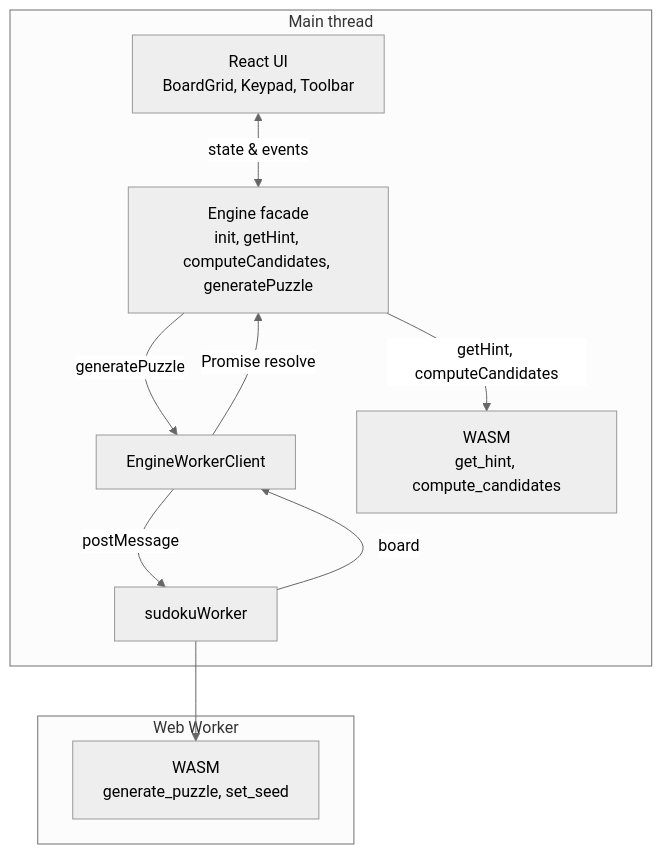
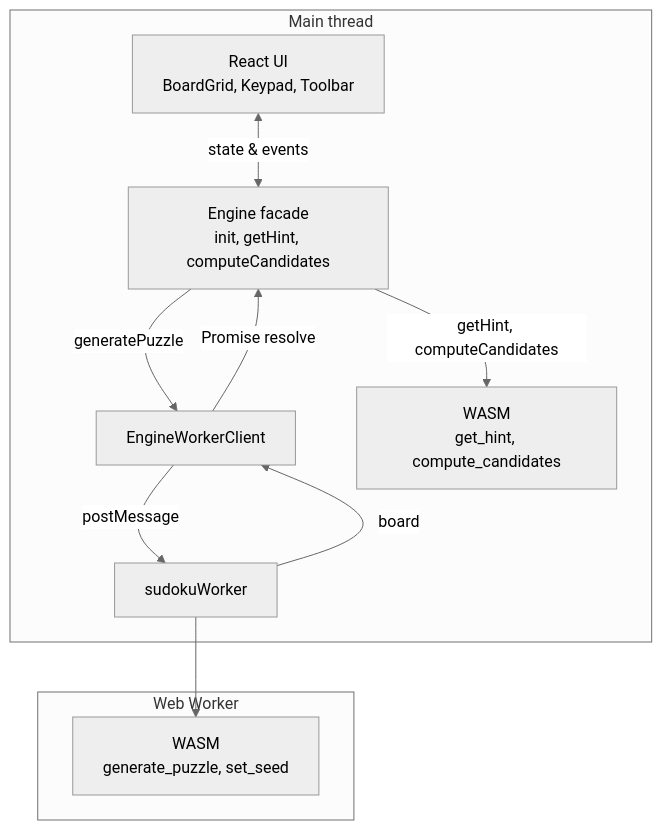
The diagram in src/content/blog/build-super-fast-sudoku-with-webassembly.md (RajendrasinhParmar/RajendrasinhParmar.github.io), drawn with Mermaid (neutral theme) before and after one commit. The commit also changed other lines of this file and 7 other files, not shown here.

Commit message:
feat: enable release and write blog for wasm and rust with react

````diff
--- a/src/content/blog/build-super-fast-sudoku-with-webassembly.md
+++ b/src/content/blog/build-super-fast-sudoku-with-webassembly.md
@@ -39,21 +92,21 @@
 ```mermaid
 flowchart TB
   subgraph Main["Main thread"]
-    UI[React UI\nBoardGrid, Keypad, Toolbar]
-    Engine[Engine facade\ninit, getHint, computeCandidates, generatePuzzle]
+    UI[React UI<br/>BoardGrid, Keypad, Toolbar]
+    Engine[Engine facade<br/>init, getHint, computeCandidates]
     WC[EngineWorkerClient]
-    WASM_Main[WASM\nget_hint, compute_candidates]
+    WASM_Main[WASM<br/>get_hint, compute_candidates]
     UI <-->|state & events| Engine
     Engine -->|getHint, computeCandidates| WASM_Main
     Engine -->|generatePuzzle| WC
     WC -->|postMessage| SudokuWorker
     SudokuWorker -->|board| WC
     WC -->|Promise resolve| Engine
   end
 
   subgraph Worker["Web Worker"]
     SudokuWorker[sudokuWorker]
-    WASM_Worker[WASM\ngenerate_puzzle, set_seed]
+    WASM_Worker[WASM<br/>generate_puzzle, set_seed]
     SudokuWorker --> WASM_Worker
   end
 ```
````
